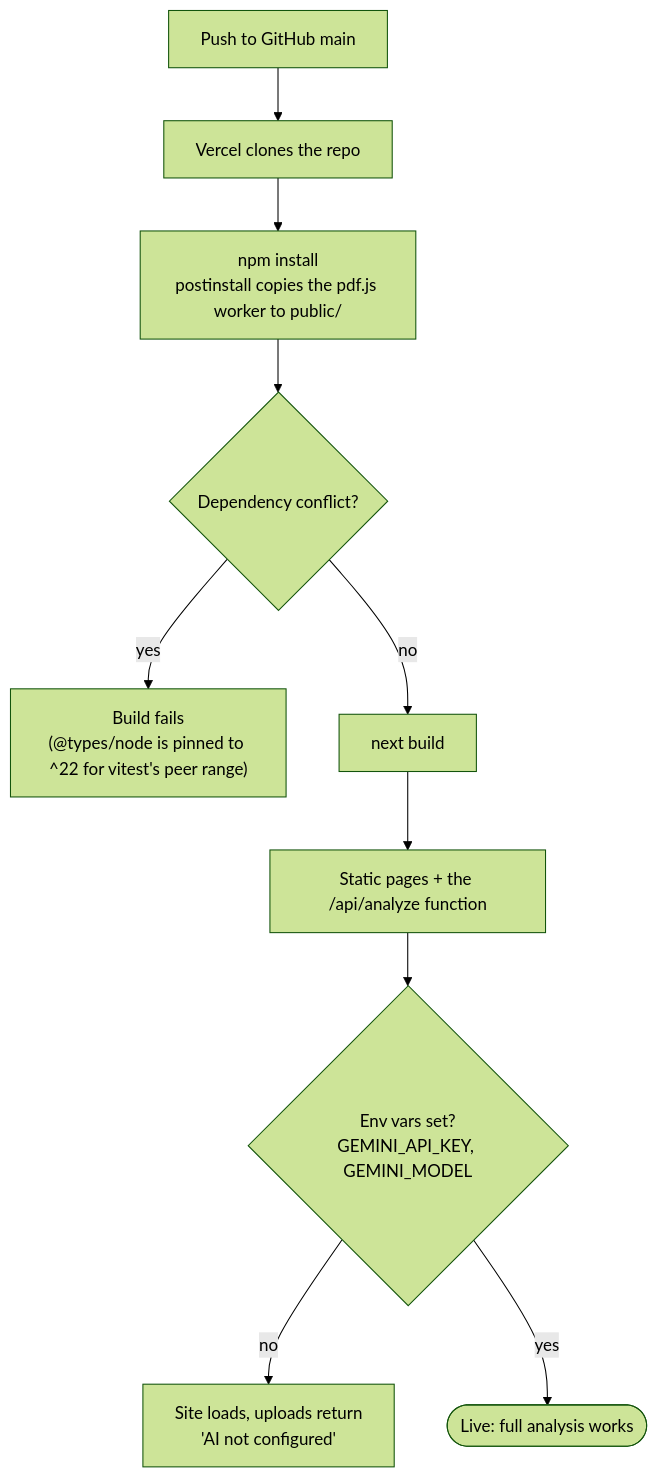
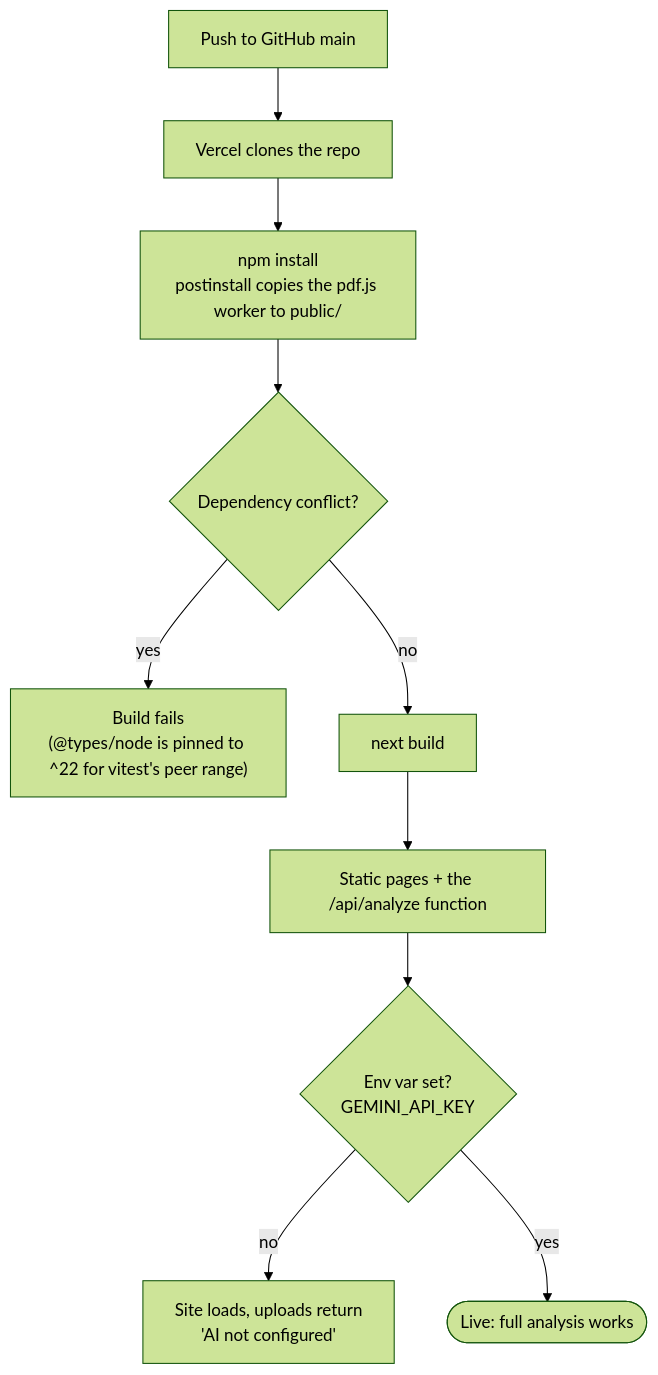
Diagram 14 of 14 in README.md (Shourya2803/Ideathon), drawn with Mermaid (forest theme) before and after one commit. The commit also changed other lines of this file and 6 other files, not shown here.

Commit message:
set gfemini model in code

````diff
--- a/README.md
+++ b/README.md
@@ -601,12 +602,12 @@
 ```mermaid
 flowchart TD
     A["Push to GitHub main"] --> B["Vercel clones the repo"]
     B --> C["npm install<br/>postinstall copies the pdf.js worker to public/"]
     C --> D{"Dependency conflict?"}
     D -- "yes" --> DX["Build fails<br/>(@types/node is pinned to ^22 for vitest's peer range)"]
     D -- "no" --> E["next build"]
     E --> F["Static pages + the /api/analyze function"]
-    F --> G{"Env vars set?<br/>GEMINI_API_KEY, GEMINI_MODEL"}
+    F --> G{"Env var set?<br/>GEMINI_API_KEY"}
     G -- "no" --> GX["Site loads, uploads return<br/>'AI not configured'"]
     G -- "yes" --> H(["Live: full analysis works"])
 ```
````
